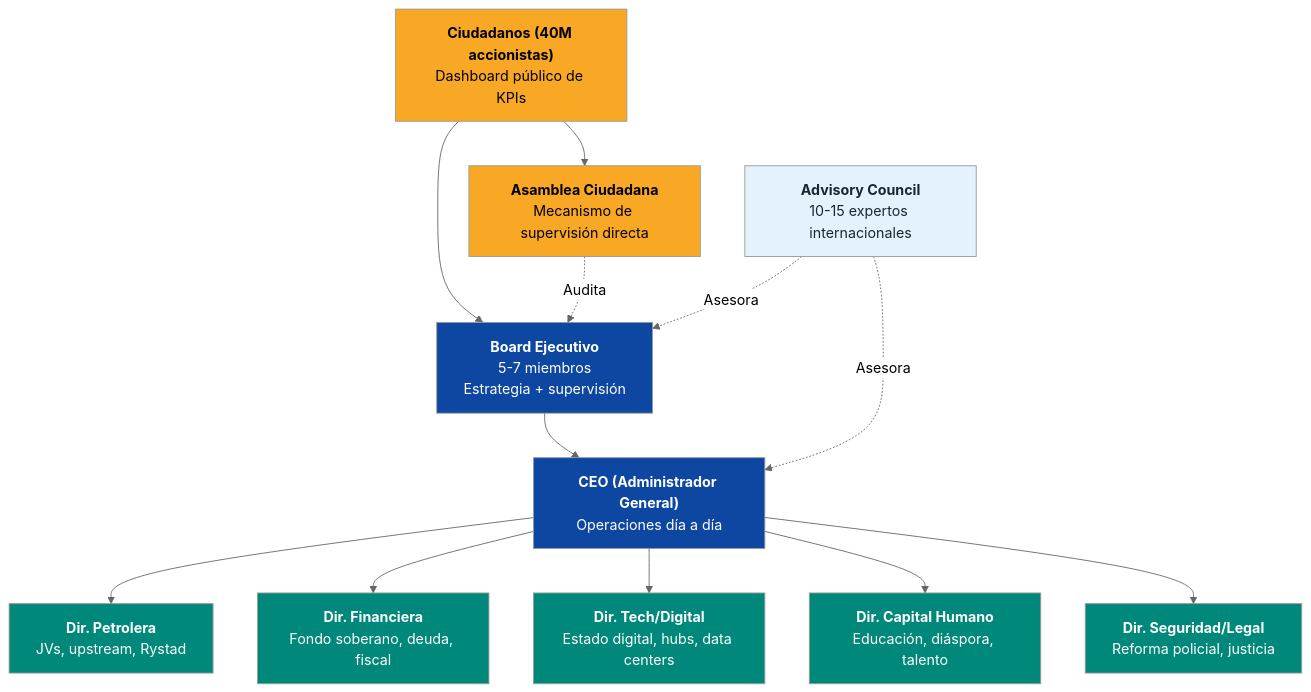
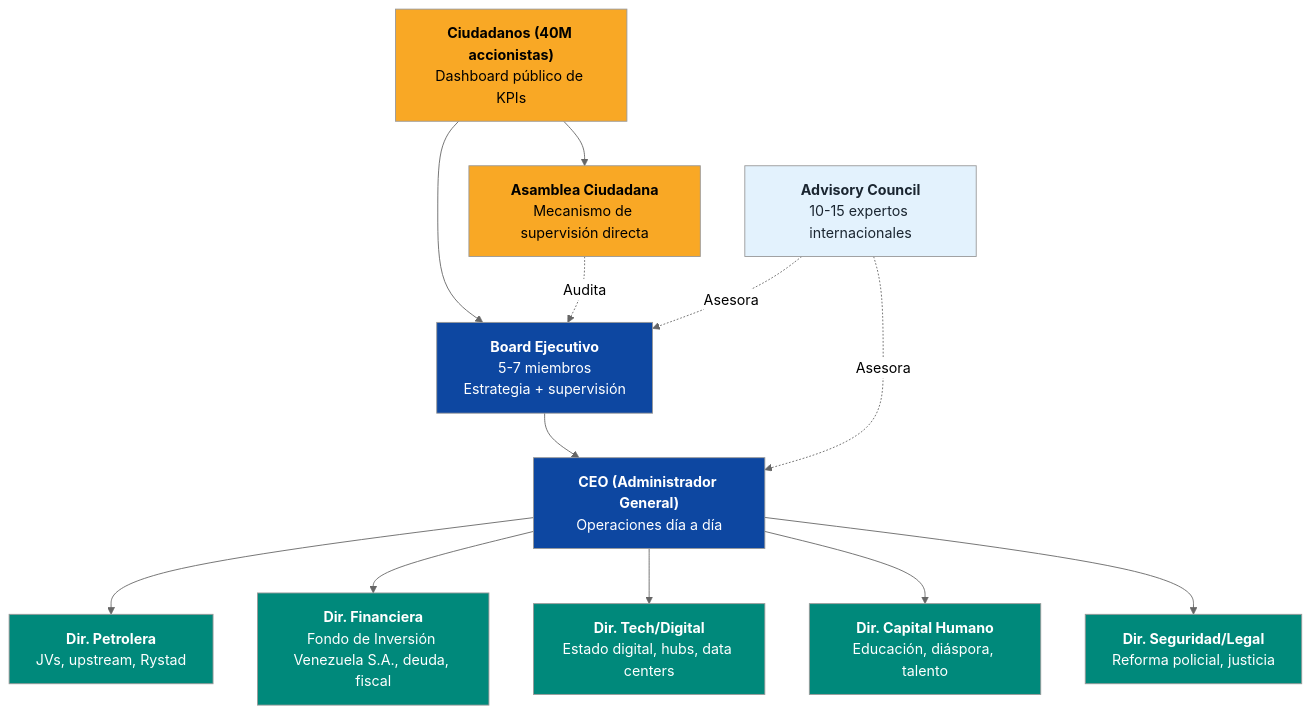
One commit to Venezuela-S-A/venezuela-sa changed the first of 2 diagrams in docs/07-ejecucion/equipo-ejecutor.md. Above: the diagram before and after it, drawn with Mermaid (neutral theme). The commit also changed other lines of this file and 33 other files, not shown here.

First line of the commit message:
refactor: rename 'fondo soberano' to 'Fondo de Inversión Venezuela S.A.'

````diff
--- a/docs/07-ejecucion/equipo-ejecutor.md
+++ b/docs/07-ejecucion/equipo-ejecutor.md
@@ -24,28 +24,28 @@
 ```mermaid
 flowchart TD
     CIT["<b>Ciudadanos (40M accionistas)</b><br/>Dashboard público de KPIs"] --> BE
     CIT --> AC["<b>Asamblea Ciudadana</b><br/>Mecanismo de supervisión directa"]
 
     BE["<b>Board Ejecutivo</b><br/>5-7 miembros<br/>Estrategia + supervisión"] --> CEO["<b>CEO (Administrador General)</b><br/>Operaciones día a día"]
     AC -.->|"Audita"| BE
 
     CEO --> DP["<b>Dir. Petrolera</b><br/>JVs, upstream, Rystad"]
-    CEO --> DF["<b>Dir. Financiera</b><br/>Fondo soberano, deuda, fiscal"]
+    CEO --> DF["<b>Dir. Financiera</b><br/>Fondo de Inversión Venezuela S.A., deuda, fiscal"]
     CEO --> DT["<b>Dir. Tech/Digital</b><br/>Estado digital, hubs, data centers"]
     CEO --> DCH["<b>Dir. Capital Humano</b><br/>Educación, diáspora, talento"]
     CEO --> DSL["<b>Dir. Seguridad/Legal</b><br/>Reforma policial, justicia"]
 
     ADV["<b>Advisory Council</b><br/>10-15 expertos internacionales"] -.->|"Asesora"| BE
     ADV -.->|"Asesora"| CEO
 
     style CIT fill:#F9A825,color:#000
     style AC fill:#F9A825,color:#000
     style BE fill:#0D47A1,color:#fff
     style CEO fill:#0D47A1,color:#fff
     style DP fill:#00897B,color:#fff
     style DF fill:#00897B,color:#fff
     style DT fill:#00897B,color:#fff
     style DCH fill:#00897B,color:#fff
     style DSL fill:#00897B,color:#fff
     style ADV fill:#E3F2FD,color:#1B2631
 ```
````
